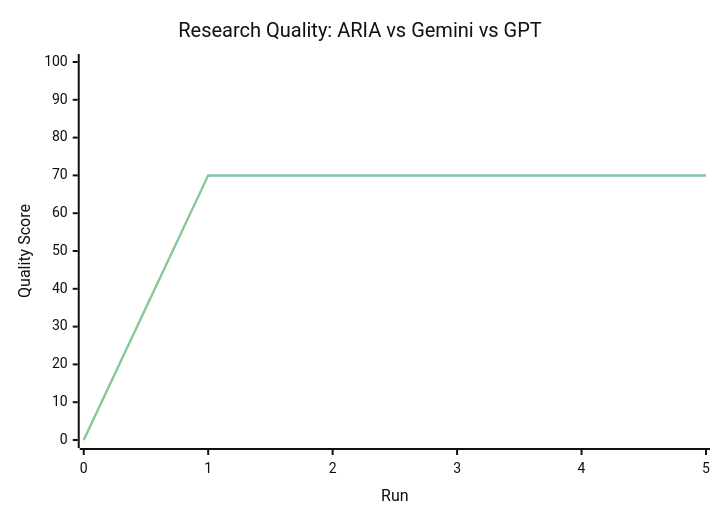
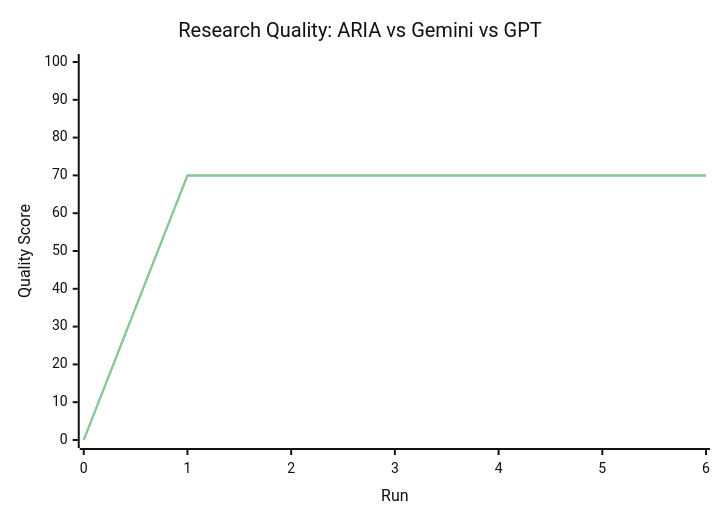
The diagram in src/docs/aria-competitive-results.md (Jit-Paul-2008/Hexamind), drawn with Mermaid (neutral theme) before and after one commit. The commit also changed other lines of this file and 7 other files, not shown here.

````diff
--- a/src/docs/aria-competitive-results.md
+++ b/src/docs/aria-competitive-results.md
@@ -65,9 +67,9 @@
 ```mermaid
 xychart-beta
     title "Research Quality: ARIA vs Gemini vs GPT"
-    x-axis "Run" [0, 1, 2, 3, 4, 5]
+    x-axis "Run" [0, 1, 2, 3, 4, 5, 6]
     y-axis "Quality Score" 0 --> 100
-    line "ARIA" [0.0, 70.0, 70.0, 70.0, 70.0, 70.0]
-    line "Gemini" [0.0, 70.0, 70.0, 70.0, 70.0, 70.0]
-    line "GPT" [0.0, 70.0, 70.0, 70.0, 70.0, 70.0]
+    line "ARIA" [0.0, 70.0, 70.0, 70.0, 70.0, 70.0, 70.0]
+    line "Gemini" [0.0, 70.0, 70.0, 70.0, 70.0, 70.0, 70.0]
+    line "GPT" [0.0, 70.0, 70.0, 70.0, 70.0, 70.0, 70.0]
 ```
````
